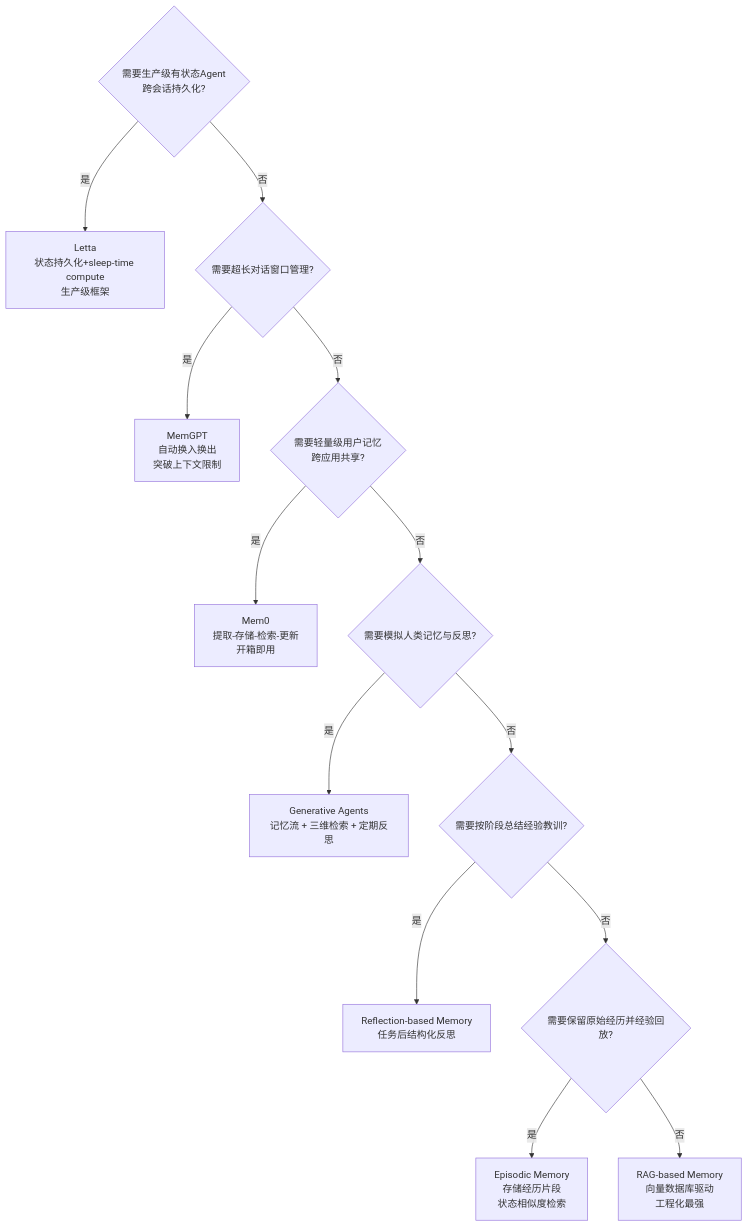
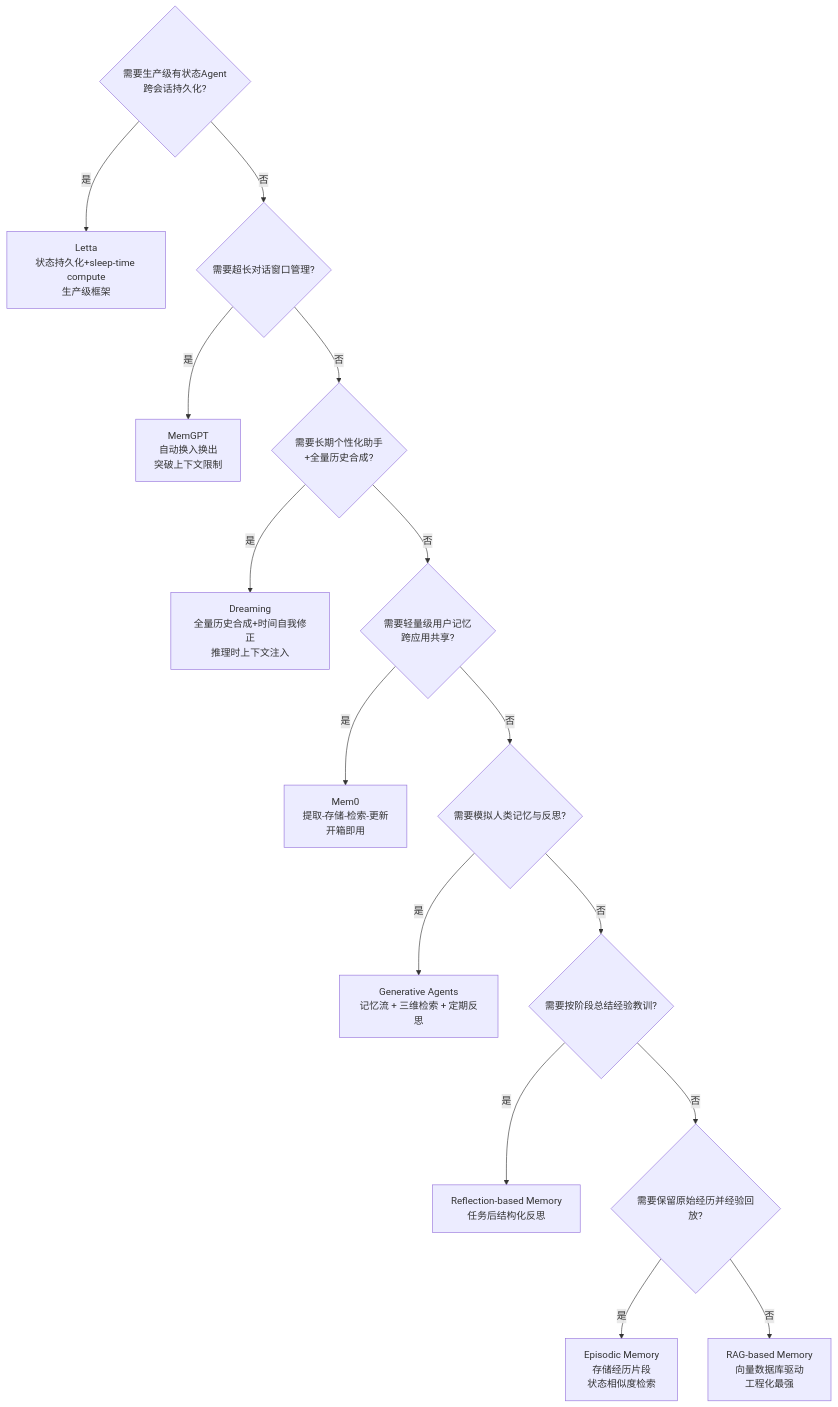
One commit to eeyzs1/agent_demos changed the ninth of 9 diagrams in design_mode/docs/05_记忆与状态管理类.md. Above: the diagram before and after it, drawn with Mermaid. The commit also changed other lines of this file and 6 other files, not shown here.

````diff
--- a/design_mode/docs/05_记忆与状态管理类.md
+++ b/design_mode/docs/05_记忆与状态管理类.md
@@ -2105,15 +2313,17 @@
 ```mermaid
 flowchart TD
     A{需要生产级有状态Agent<br/>跨会话持久化?} -->|是| Z[Letta<br/>状态持久化+sleep-time compute<br/>生产级框架]
     A -->|否| B{需要超长对话窗口管理?}
     B -->|是| C[MemGPT<br/>自动换入换出<br/>突破上下文限制]
-    B -->|否| M{需要轻量级用户记忆<br/>跨应用共享?}
+    B -->|否| DR{需要长期个性化助手<br/>+全量历史合成?}
+    DR -->|是| DS[Dreaming<br/>全量历史合成+时间自我修正<br/>推理时上下文注入]
+    DR -->|否| M{需要轻量级用户记忆<br/>跨应用共享?}
     M -->|是| N[Mem0<br/>提取-存储-检索-更新<br/>开箱即用]
     M -->|否| D{需要模拟人类记忆与反思?}
     D -->|是| E[Generative Agents<br/>记忆流 + 三维检索 + 定期反思]
     D -->|否| F{需要按阶段总结经验教训?}
     F -->|是| G[Reflection-based Memory<br/>任务后结构化反思]
     F -->|否| H{需要保留原始经历并经验回放?}
     H -->|是| I[Episodic Memory<br/>存储经历片段<br/>状态相似度检索]
     H -->|否| J[RAG-based Memory<br/>向量数据库驱动<br/>工程化最强]
 ```
````
